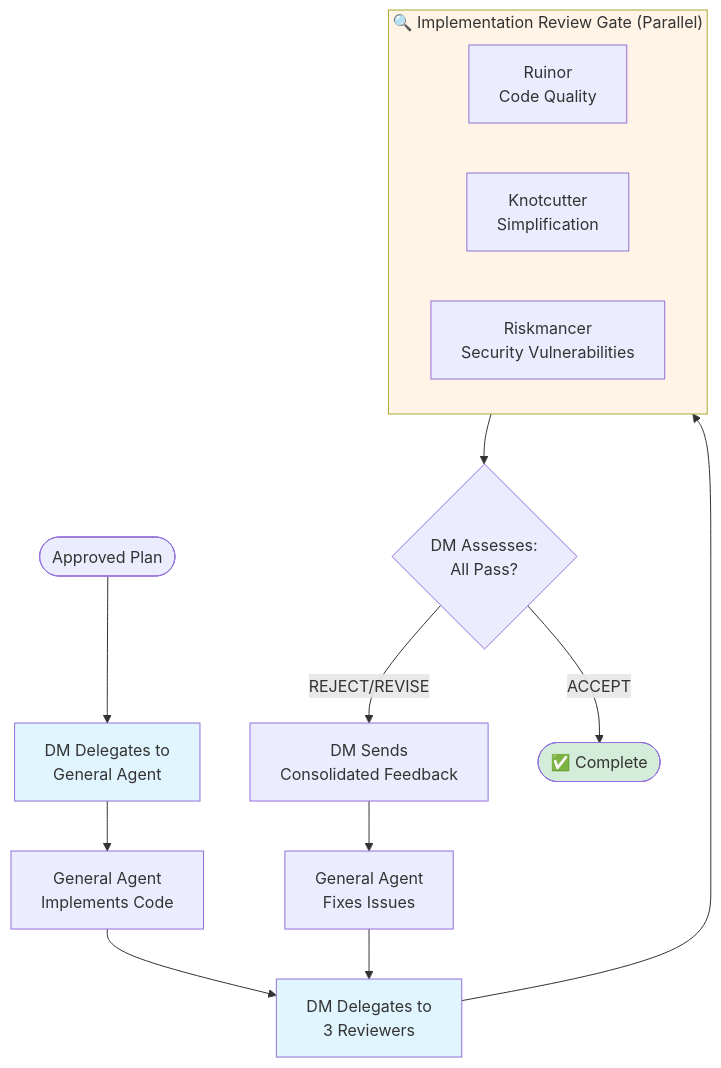
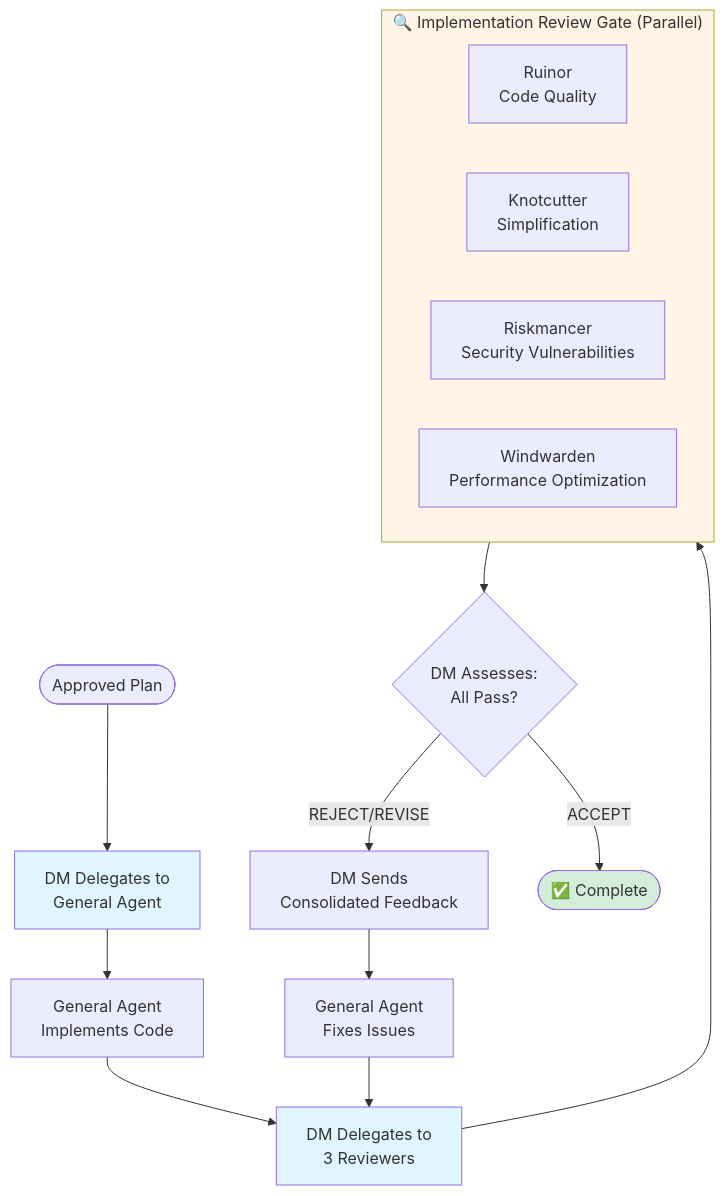
Before and after one commit to alkofu/ai-tpk: the third of 3 diagrams in README.md, drawn with Mermaid. The commit also changed other lines of this file and 5 other files, not shown here.

First line of the commit message:
feat(agents): add Windwarden performance reviewer to orchestration workflow (#23)

````diff
--- a/README.md
+++ b/README.md
@@ -132,26 +133,27 @@
 ```mermaid
 flowchart TD
     Start([Approved Plan]) --> DelegateE[DM Delegates to<br/>General Agent]
     DelegateE --> Impl[General Agent<br/>Implements Code]
     Impl --> DelegateR[DM Delegates to<br/>3 Reviewers]
 
     DelegateR --> ReviewGate
 
     subgraph ReviewGate["🔍 Implementation Review Gate (Parallel)"]
         R2[Ruinor<br/>Code Quality]
         K2[Knotcutter<br/>Simplification]
         RS2[Riskmancer<br/>Security Vulnerabilities]
+        W2[Windwarden<br/>Performance Optimization]
     end
 
     ReviewGate --> Assess{DM Assesses:<br/>All Pass?}
 
     Assess -->|REJECT/REVISE| Feedback[DM Sends<br/>Consolidated Feedback]
     Feedback --> Fix[General Agent<br/>Fixes Issues]
     Fix --> DelegateR
     Assess -->|ACCEPT| Complete([✅ Complete])
 
     style DelegateE fill:#e1f5ff
     style DelegateR fill:#e1f5ff
     style ReviewGate fill:#fff4e6
     style Complete fill:#d4edda
 ```
````
